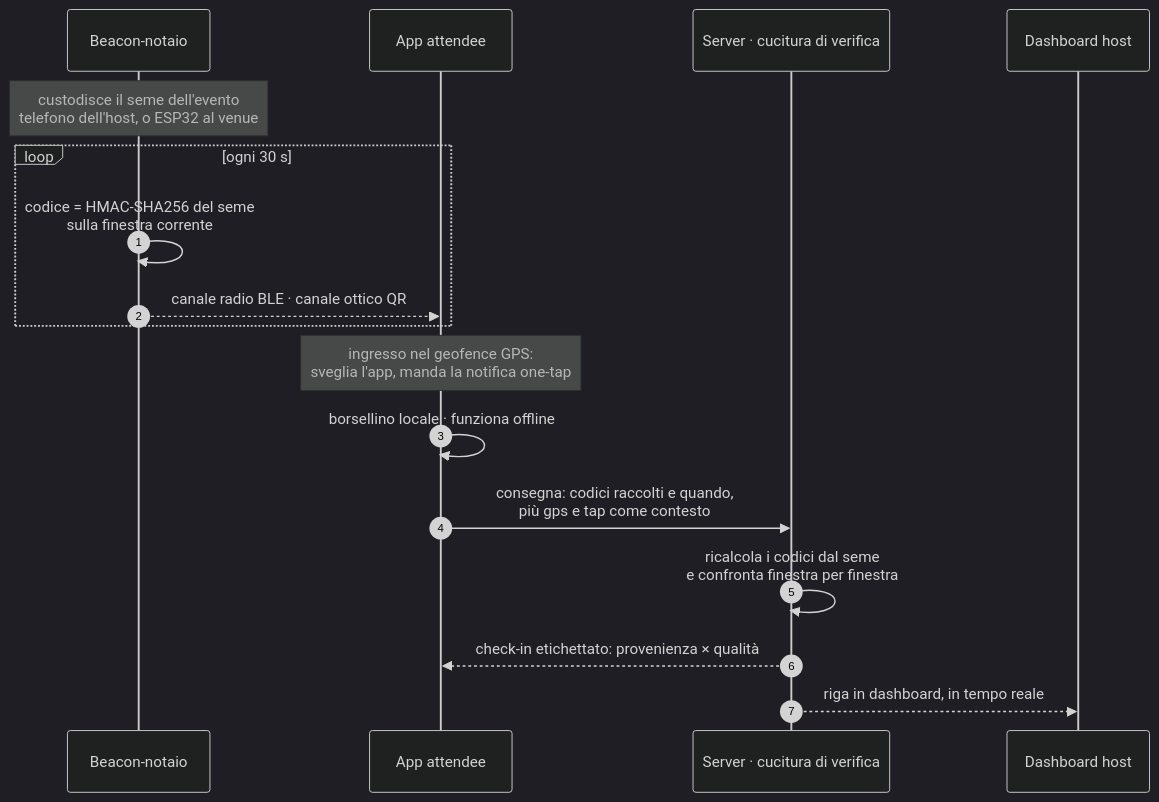
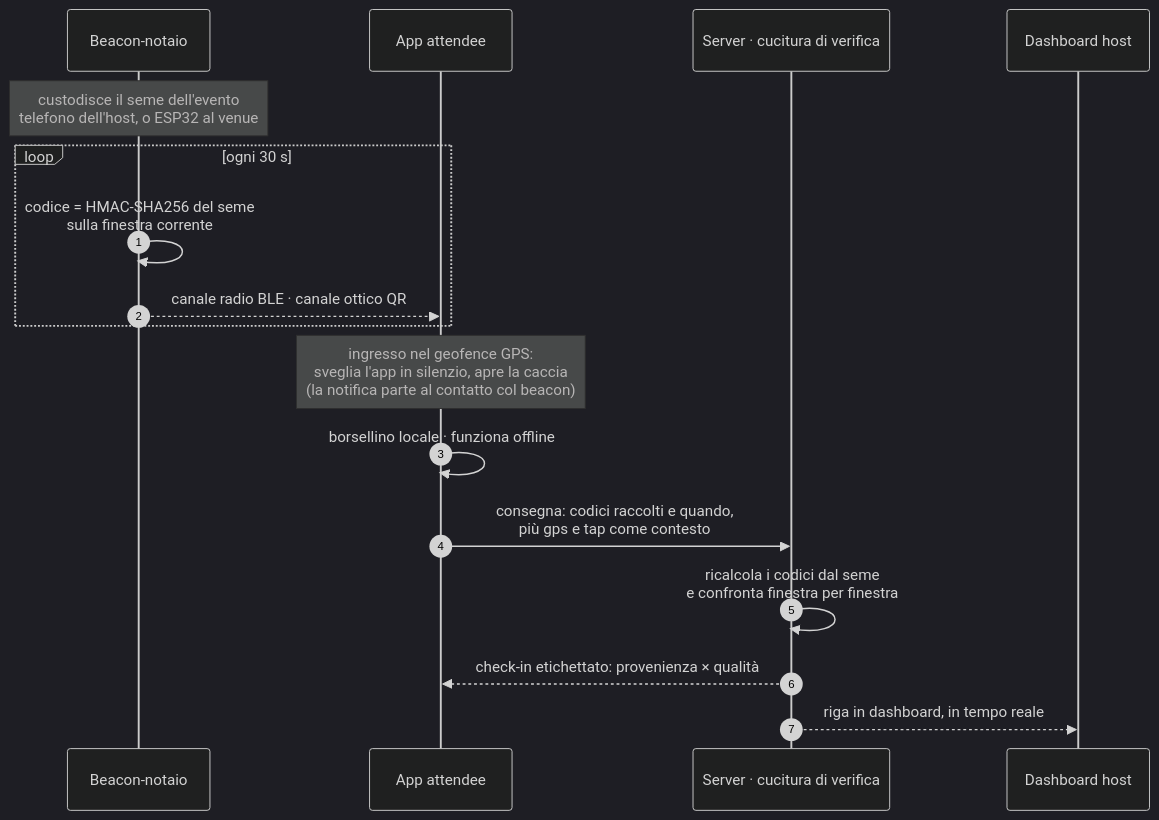
The diagram in docs/business-case.md (puccez/attendee-arrival), drawn with Mermaid (dark theme) before and after one commit. The commit also changed other lines of this file and 6 other files, not shown here.

````diff
--- a/docs/business-case.md
+++ b/docs/business-case.md
@@ -141,20 +141,20 @@
 ```mermaid
 sequenceDiagram
     autonumber
     participant B as Beacon-notaio
     participant A as App attendee
     participant S as Server · cucitura di verifica
     participant H as Dashboard host
 
     Note over B: custodisce il seme dell'evento<br/>telefono dell'host, o ESP32 al venue
     loop ogni 30 s
         B->>B: codice = HMAC-SHA256 del seme<br/>sulla finestra corrente
         B-->>A: canale radio BLE · canale ottico QR
     end
-    Note over A: ingresso nel geofence GPS:<br/>sveglia l'app, manda la notifica one-tap
+    Note over A: ingresso nel geofence GPS:<br/>sveglia l'app in silenzio, apre la caccia<br/>(la notifica parte al contatto col beacon)
     A->>A: borsellino locale · funziona offline
     A->>S: consegna: codici raccolti e quando,<br/>più gps e tap come contesto
     S->>S: ricalcola i codici dal seme<br/>e confronta finestra per finestra
     S-->>A: check-in etichettato: provenienza × qualità
     S-->>H: riga in dashboard, in tempo reale
 ```
````
